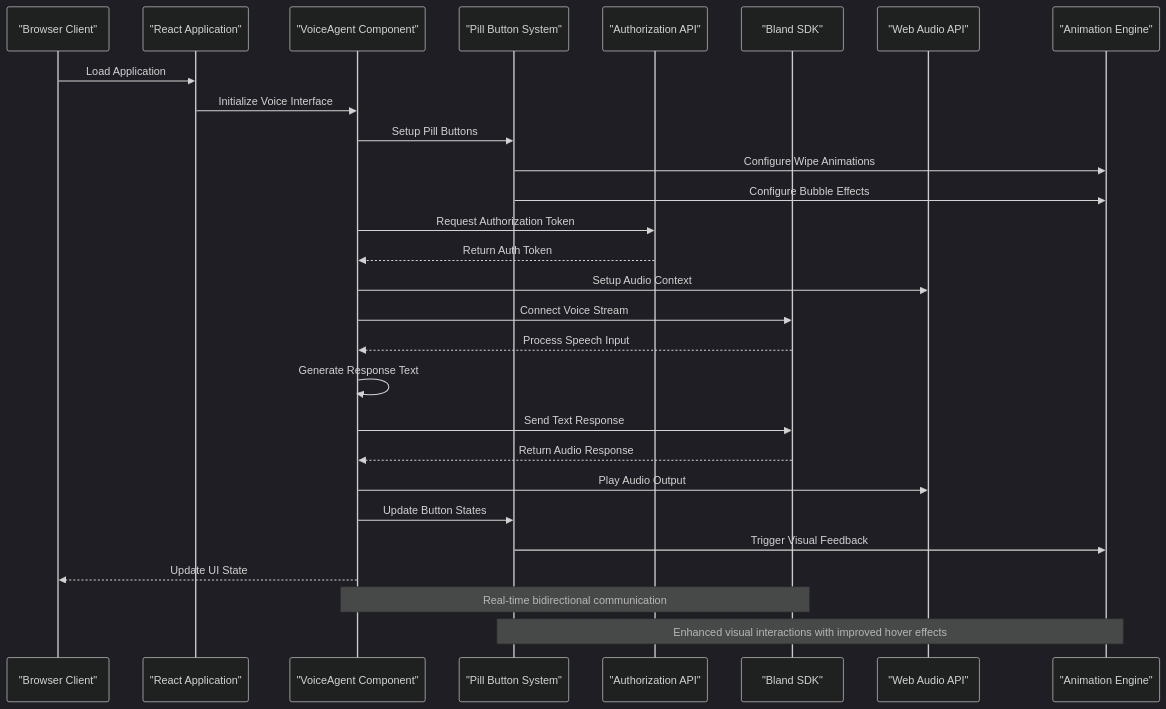
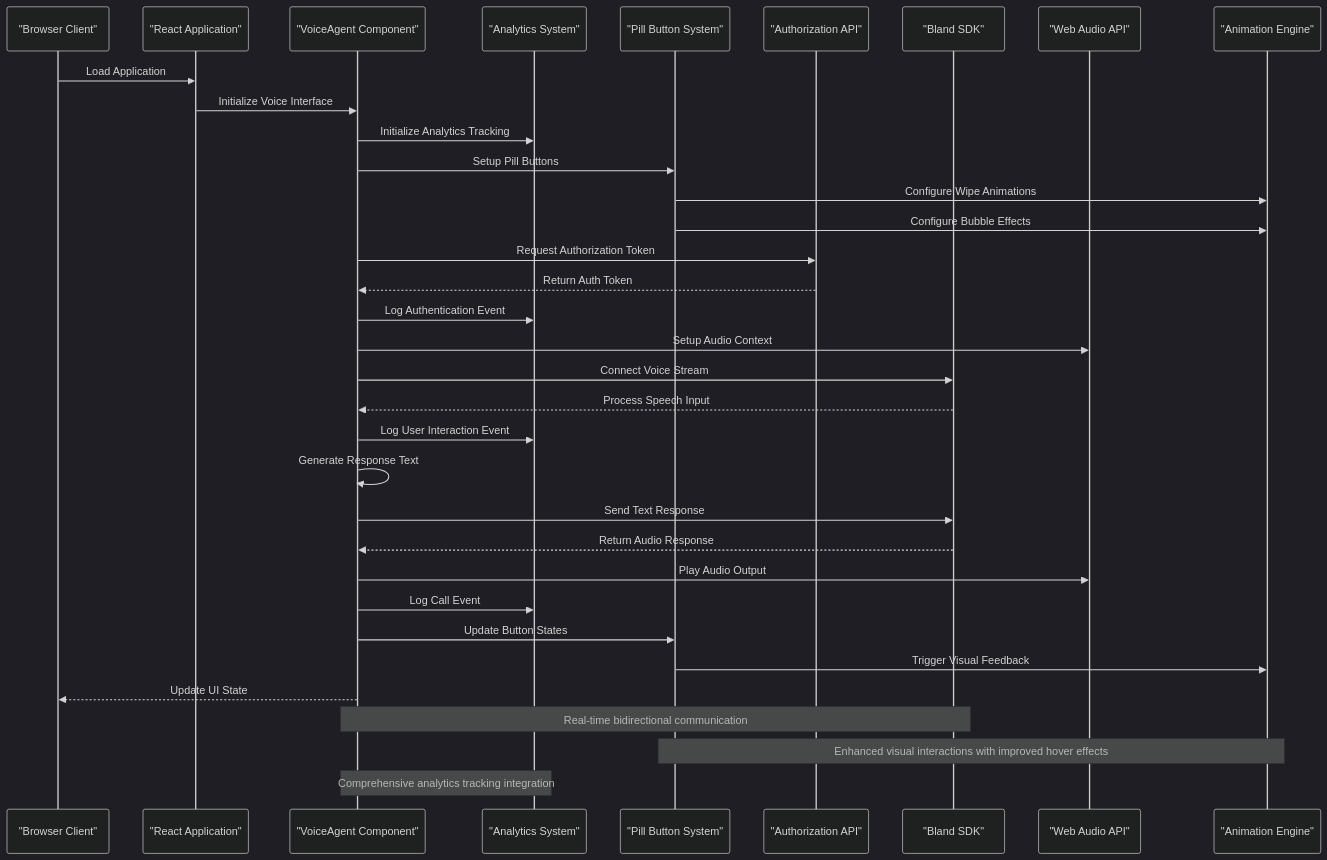
The second of 9 diagrams in .qoder/repowiki/en/content/Component Architecture/Core Components/Voice AI Agent Demo.md (Theja4/podiummomentum), drawn with Mermaid (dark theme) before and after one commit. The commit also changed other lines of this file and 48 other files, not shown here.

````diff
--- a/.qoder/repowiki/en/content/Component Architecture/Core Components/Voice AI Agent Demo.md
+++ b/.qoder/repowiki/en/content/Component Architecture/Core Components/Voice AI Agent Demo.md
@@ -130,30 +141,36 @@
 ```mermaid
 sequenceDiagram
 participant Browser as "Browser Client"
 participant ReactApp as "React Application"
 participant VoiceAgent as "VoiceAgent Component"
+participant Analytics as "Analytics System"
 participant ButtonSystem as "Pill Button System"
 participant AuthAPI as "Authorization API"
 participant BlandSDK as "Bland SDK"
 participant WebAudio as "Web Audio API"
 participant AnimationEngine as "Animation Engine"
 Browser->>ReactApp : Load Application
 ReactApp->>VoiceAgent : Initialize Voice Interface
+VoiceAgent->>Analytics : Initialize Analytics Tracking
 VoiceAgent->>ButtonSystem : Setup Pill Buttons
 ButtonSystem->>AnimationEngine : Configure Wipe Animations
 ButtonSystem->>AnimationEngine : Configure Bubble Effects
 VoiceAgent->>AuthAPI : Request Authorization Token
 AuthAPI-->>VoiceAgent : Return Auth Token
+VoiceAgent->>Analytics : Log Authentication Event
 VoiceAgent->>WebAudio : Setup Audio Context
 VoiceAgent->>BlandSDK : Connect Voice Stream
 BlandSDK-->>VoiceAgent : Process Speech Input
+VoiceAgent->>Analytics : Log User Interaction Event
 VoiceAgent->>VoiceAgent : Generate Response Text
 VoiceAgent->>BlandSDK : Send Text Response
 BlandSDK-->>VoiceAgent : Return Audio Response
 VoiceAgent->>WebAudio : Play Audio Output
+VoiceAgent->>Analytics : Log Call Event
 VoiceAgent->>ButtonSystem : Update Button States
 ButtonSystem->>AnimationEngine : Trigger Visual Feedback
 VoiceAgent-->>Browser : Update UI State
 Note over VoiceAgent,BlandSDK : Real-time bidirectional communication
 Note over ButtonSystem,AnimationEngine : Enhanced visual interactions with improved hover effects
+Note over VoiceAgent,Analytics : Comprehensive analytics tracking integration
 ```
````
